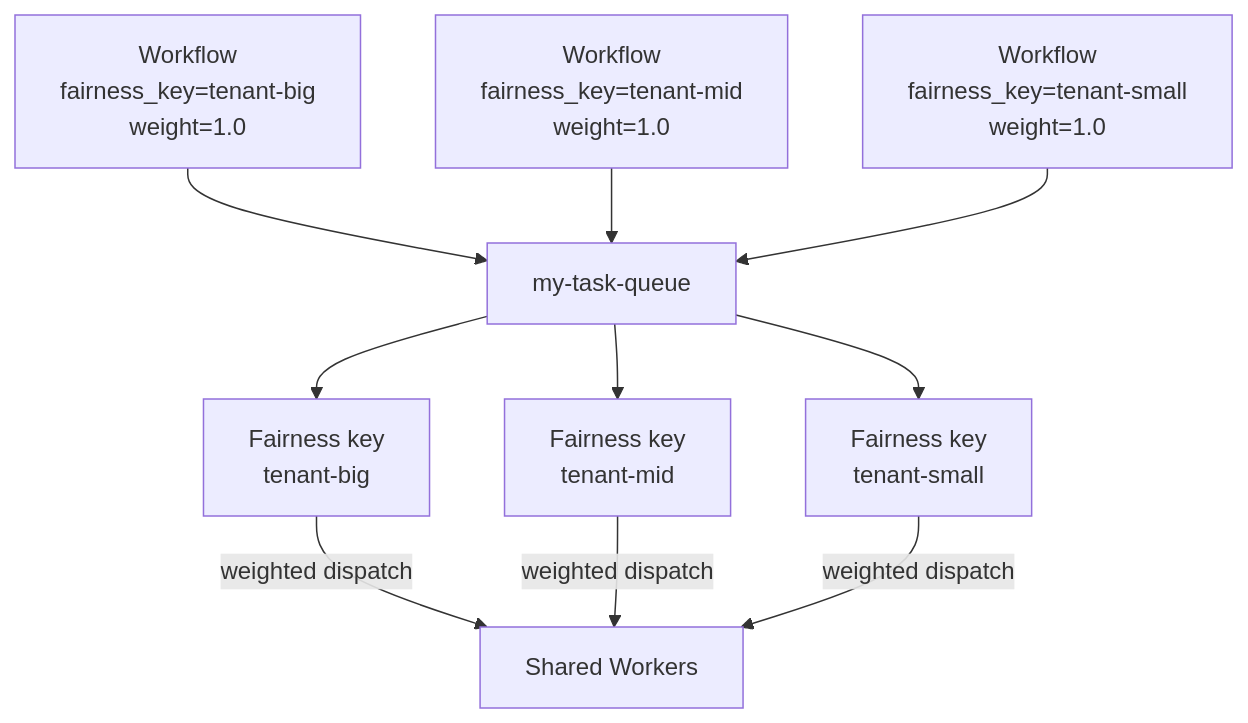
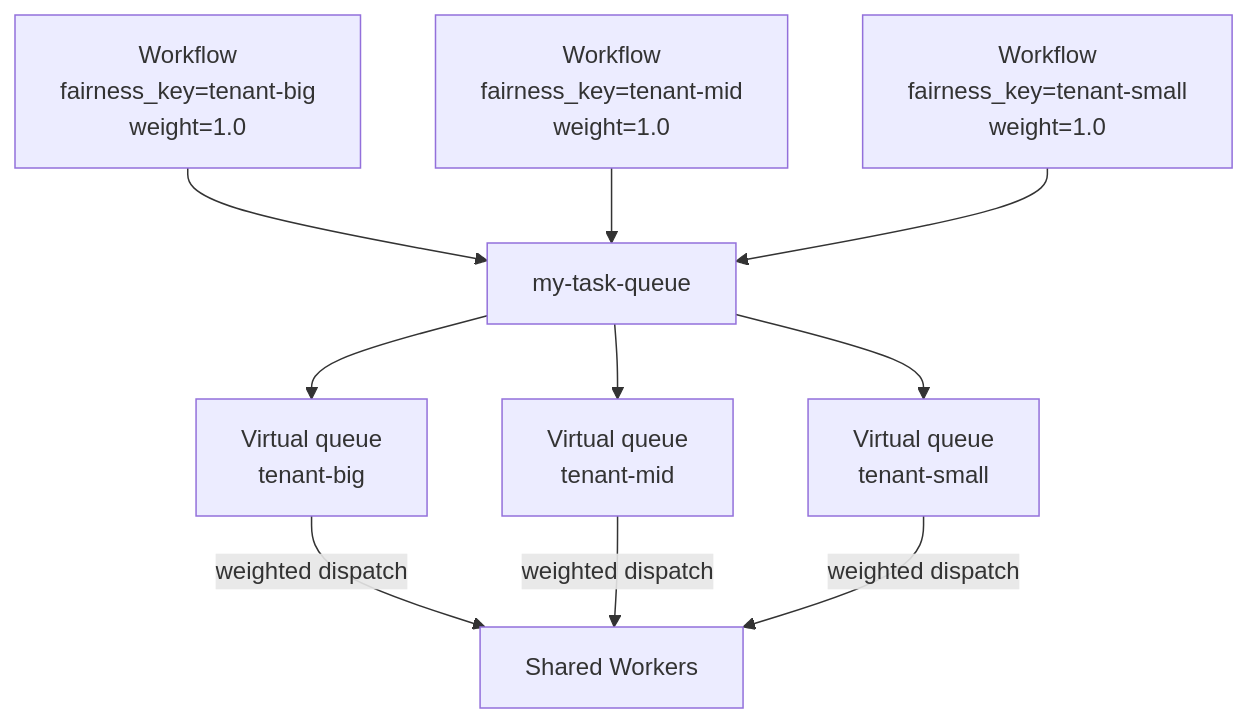
One commit to temporalio/documentation changed the diagram in docs/design-patterns/fairness.mdx. Above: the diagram before and after it, drawn with Mermaid.

Commit message:
Label Fairness diagram virtual queues

````diff
--- a/docs/design-patterns/fairness.mdx
+++ b/docs/design-patterns/fairness.mdx
@@ -29,12 +29,12 @@
 ```mermaid
 flowchart TD
     WA["Workflow\nfairness_key=tenant-big\nweight=1.0"] --> TQ["my-task-queue"]
     WB["Workflow\nfairness_key=tenant-mid\nweight=1.0"] --> TQ
     WC["Workflow\nfairness_key=tenant-small\nweight=1.0"] --> TQ
-    TQ --> VQ1["Fairness key\ntenant-big"]
-    TQ --> VQ2["Fairness key\ntenant-mid"]
-    TQ --> VQ3["Fairness key\ntenant-small"]
+    TQ --> VQ1["Virtual queue\ntenant-big"]
+    TQ --> VQ2["Virtual queue\ntenant-mid"]
+    TQ --> VQ3["Virtual queue\ntenant-small"]
     VQ1 -->|weighted dispatch| W["Shared Workers"]
     VQ2 -->|weighted dispatch| W
     VQ3 -->|weighted dispatch| W
 ```
````
